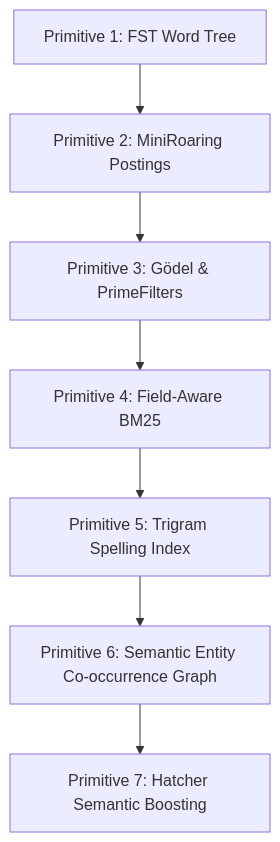
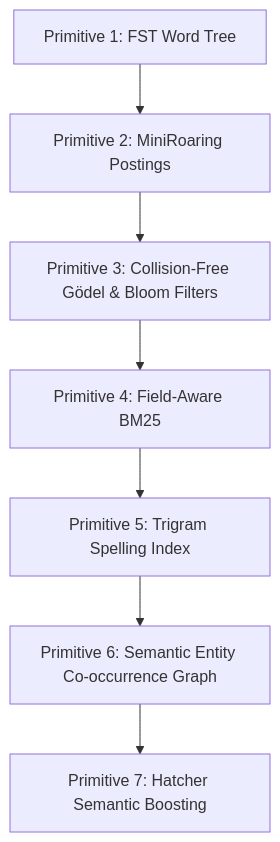
Before and after one commit to kordless/lume: the diagram in README.md, drawn with Mermaid. The commit also changed other lines of this file, not shown here.

Commit message:
docs: thoroughly update README.md to describe refactored dynamic prime Gödel tagging and bitwise Bloom filters

````diff
--- a/README.md
+++ b/README.md
@@ -106,9 +106,9 @@
 ```mermaid
 graph TD
     P1[Primitive 1: FST Word Tree] --> P2[Primitive 2: MiniRoaring Postings]
-    P2 --> P3[Primitive 3: Gödel & PrimeFilters]
+    P2 --> P3[Primitive 3: Collision-Free Gödel & Bloom Filters]
     P3 --> P4[Primitive 4: Field-Aware BM25]
     P4 --> P5[Primitive 5: Trigram Spelling Index]
     P5 --> P6[Primitive 6: Semantic Entity Co-occurrence Graph]
     P6 --> P7[Primitive 7: Hatcher Semantic Boosting]
 ```
````
